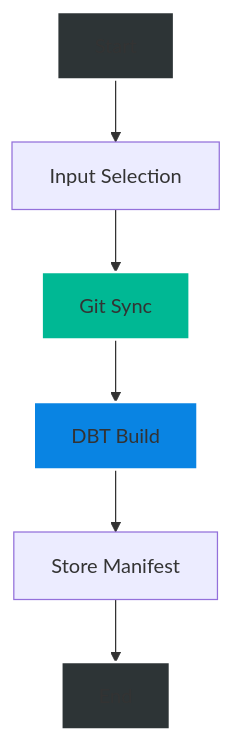
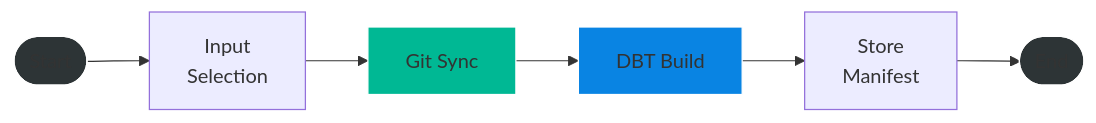
One commit to abhayra12/de-zc-2025 changed the third of 4 diagrams in 02-workflow-orchestration/kestra-pipeline-proj-local/guide.md. Above: the diagram before and after it, drawn with Mermaid. The commit also changed other lines of this file, not shown here.

Commit message:
dbt flow diagram updated in guide.md

````diff
--- a/02-workflow-orchestration/kestra-pipeline-proj-local/guide.md
+++ b/02-workflow-orchestration/kestra-pipeline-proj-local/guide.md
@@ -396,13 +396,9 @@
 ```mermaid
-graph TD
-    A[Start] --> B[Input Selection]
-    B --> C[Git Sync]
-    C --> D[DBT Build]
-    D --> E[Store Manifest]
-    E --> F[End]
-
-    style A fill:#2d3436,stroke:#fff,stroke-width:2px
-    style F fill:#2d3436,stroke:#fff,stroke-width:2px
-    style C fill:#00b894,stroke:#fff,stroke-width:2px
-    style D fill:#0984e3,stroke:#fff,stroke-width:2px
+graph LR
+    A([Start]) --> B[Input<br/>Selection] --> C[Git Sync] --> D[DBT Build] --> E[Store<br/>Manifest] --> F([End])
+    
+    style A fill:#2d3436,stroke:#fff
+    style F fill:#2d3436,stroke:#fff
+    style C fill:#00b894,stroke:#fff
+    style D fill:#0984e3,stroke:#fff
 ```
````
